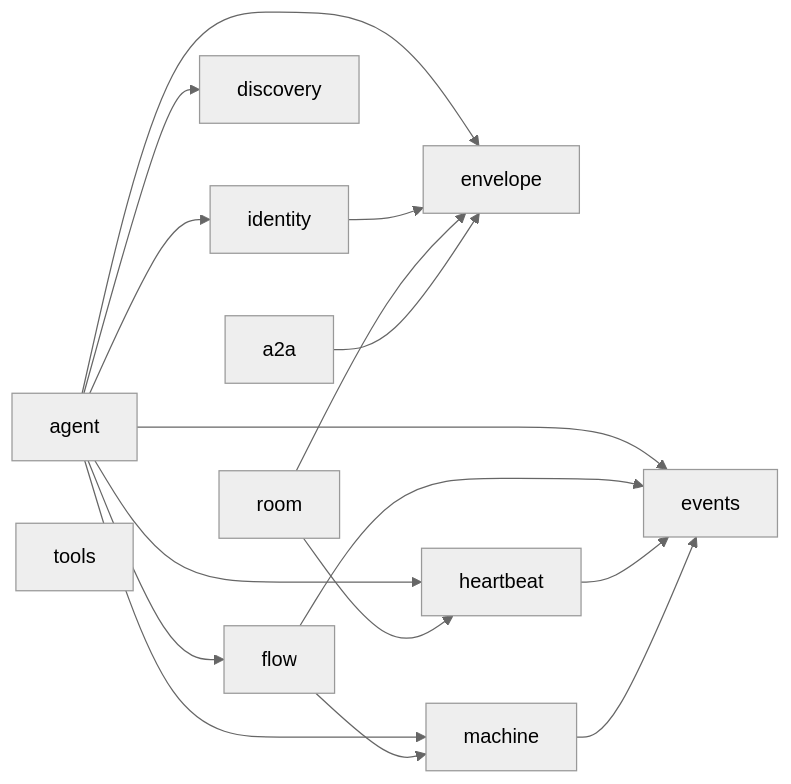
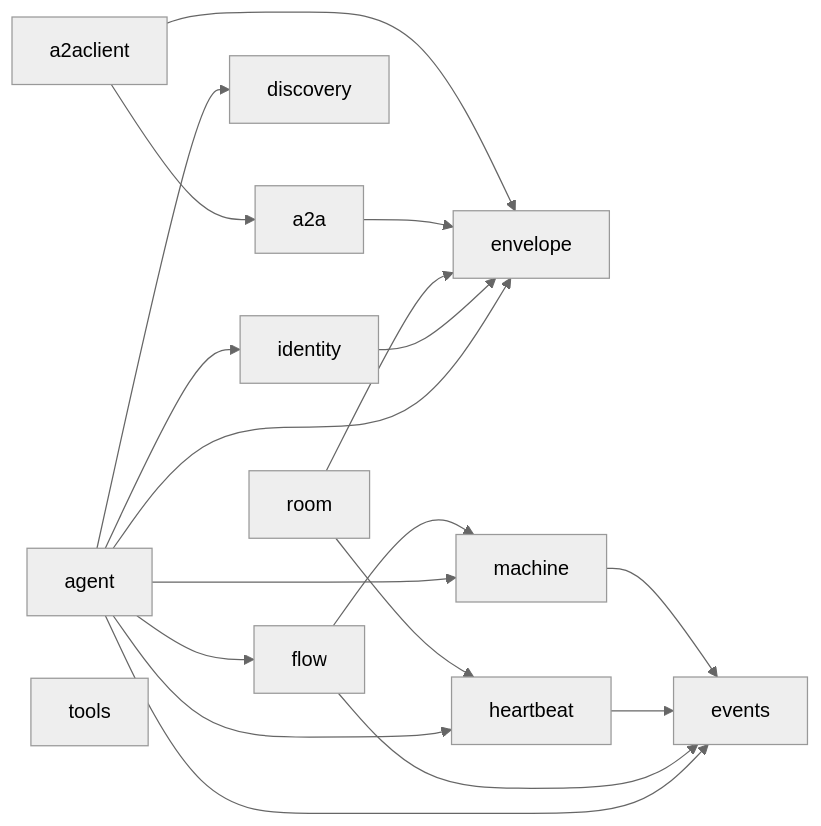
The first of 2 diagrams in docs/architecture.md (MiviaLabs/mivia-ai-sdk), drawn with Mermaid (neutral theme) before and after one commit. The commit also changed other lines of this file and 22 other files, not shown here.

````diff
--- a/docs/architecture.md
+++ b/docs/architecture.md
@@ -21,22 +23,24 @@
 ```mermaid
 flowchart LR
     agent --> identity
     agent --> discovery
     agent --> flow
     agent --> envelope
     agent --> events
     agent --> machine
     agent --> heartbeat
     flow --> events
     flow --> machine
     heartbeat --> events
     identity --> envelope
     machine --> events
     room --> envelope
     room --> heartbeat
     a2a --> envelope
+    a2aclient --> a2a
+    a2aclient --> envelope
     discovery[discovery]
     envelope[envelope]
     events[events]
     tools[tools]
 ```
````
